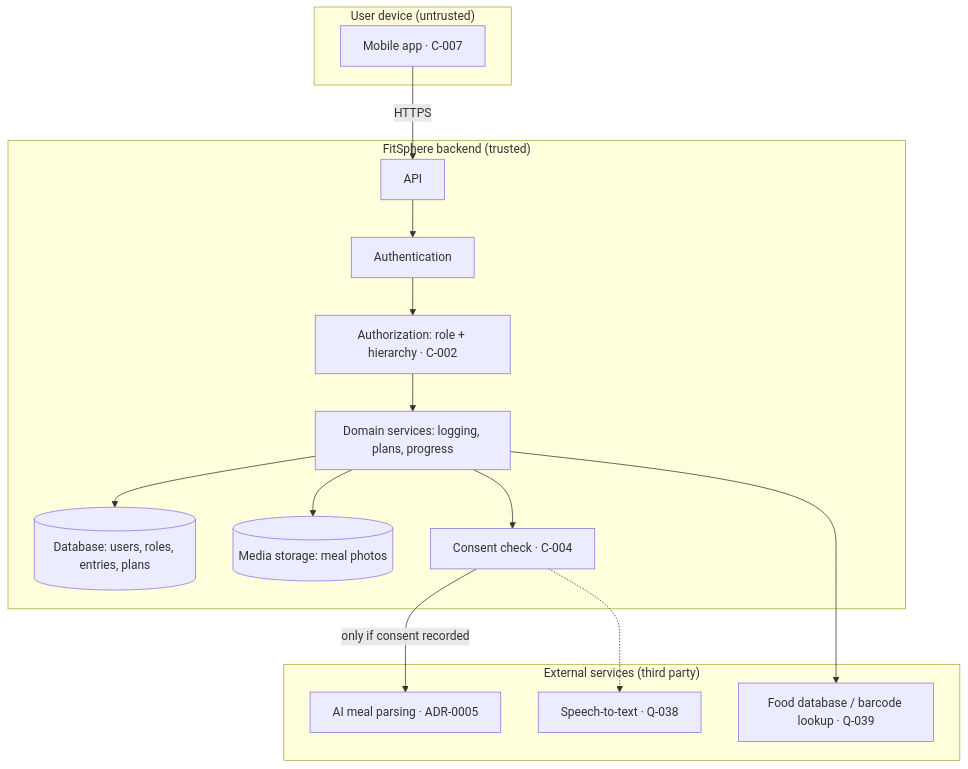
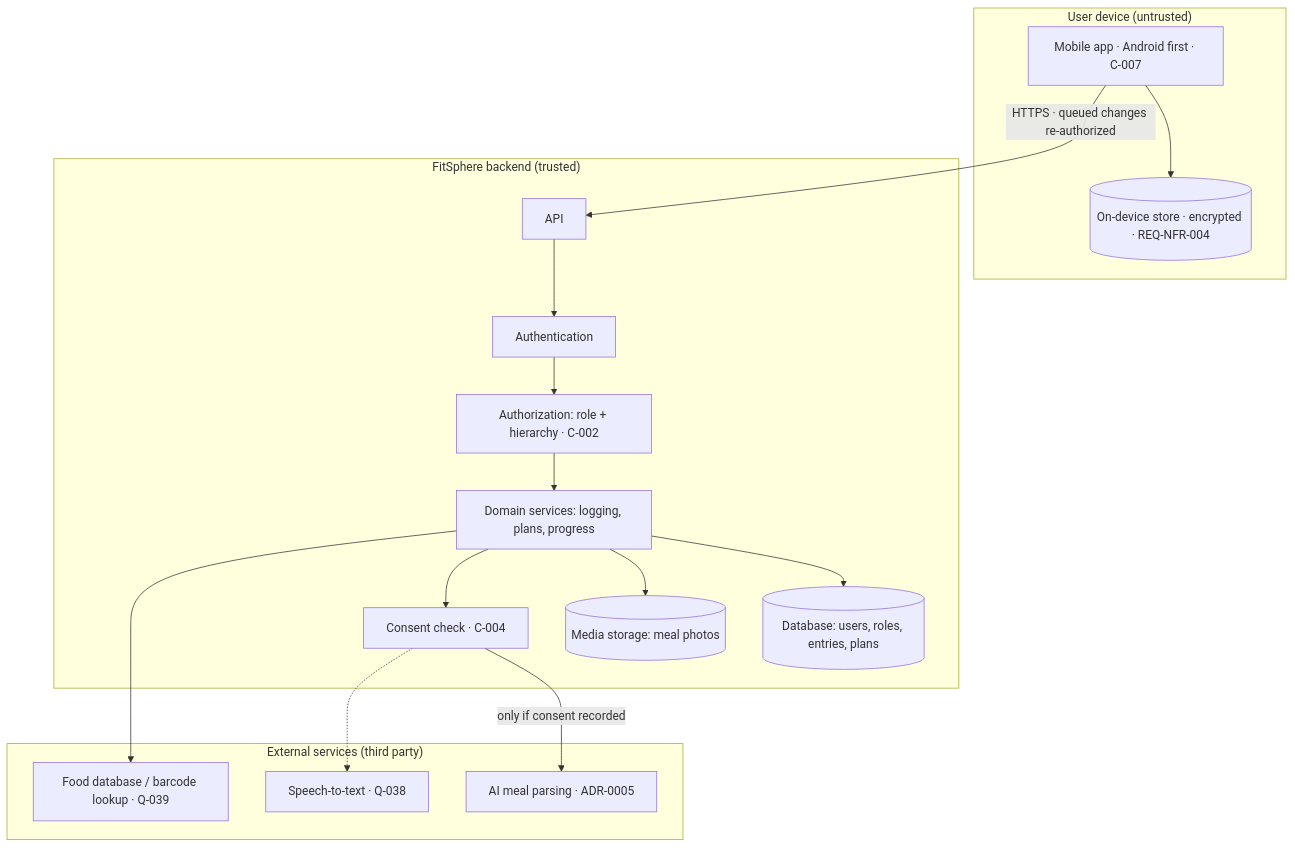
Before and after one commit to pradeepKumawatPalara/fitsphere: the third of 3 diagrams in flow.md, drawn with Mermaid. The commit also changed other lines of this file and 13 other files, not shown here.

````diff
--- a/flow.md
+++ b/flow.md
@@ -48,28 +49,30 @@
 ```mermaid
 flowchart TD
     subgraph Device["User device (untrusted)"]
-        APP[Mobile app · C-007]
+        APP[Mobile app · Android first · C-007]
+        LOCAL[(On-device store · encrypted · REQ-NFR-004)]
     end
     subgraph Backend["FitSphere backend (trusted)"]
         API[API]
         AUTHN[Authentication]
         AUTHZ[Authorization: role + hierarchy · C-002]
         SVC[Domain services: logging, plans, progress]
         CONSENT[Consent check · C-004]
         DB[(Database: users, roles, entries, plans)]
         FILES[(Media storage: meal photos)]
     end
     subgraph External["External services (third party)"]
         AIP[AI meal parsing · ADR-0005]
         FOOD[Food database / barcode lookup · Q-039]
         STT[Speech-to-text · Q-038]
     end
-    APP -- HTTPS --> API
+    APP --> LOCAL
+    APP -- HTTPS · queued changes re-authorized --> API
     API --> AUTHN --> AUTHZ --> SVC
     SVC --> DB
     SVC --> FILES
     SVC --> CONSENT
     CONSENT -- only if consent recorded --> AIP
     CONSENT -.-> STT
     SVC --> FOOD
 ```
````
